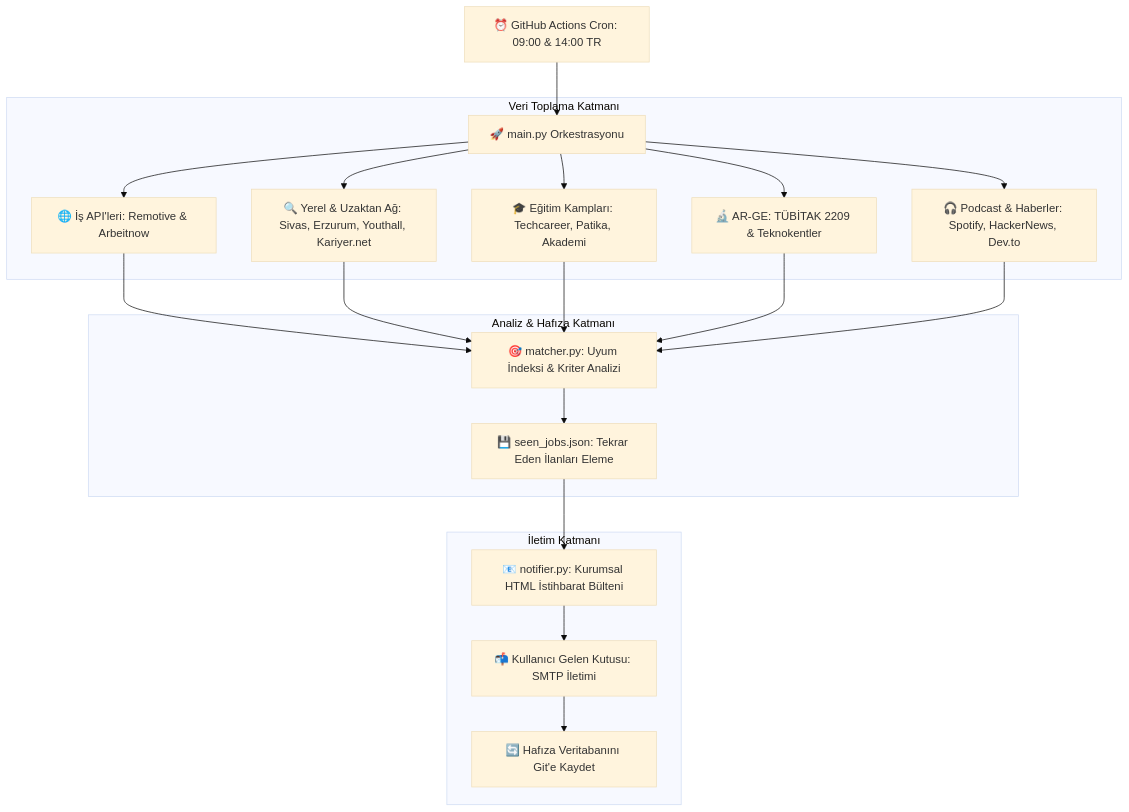
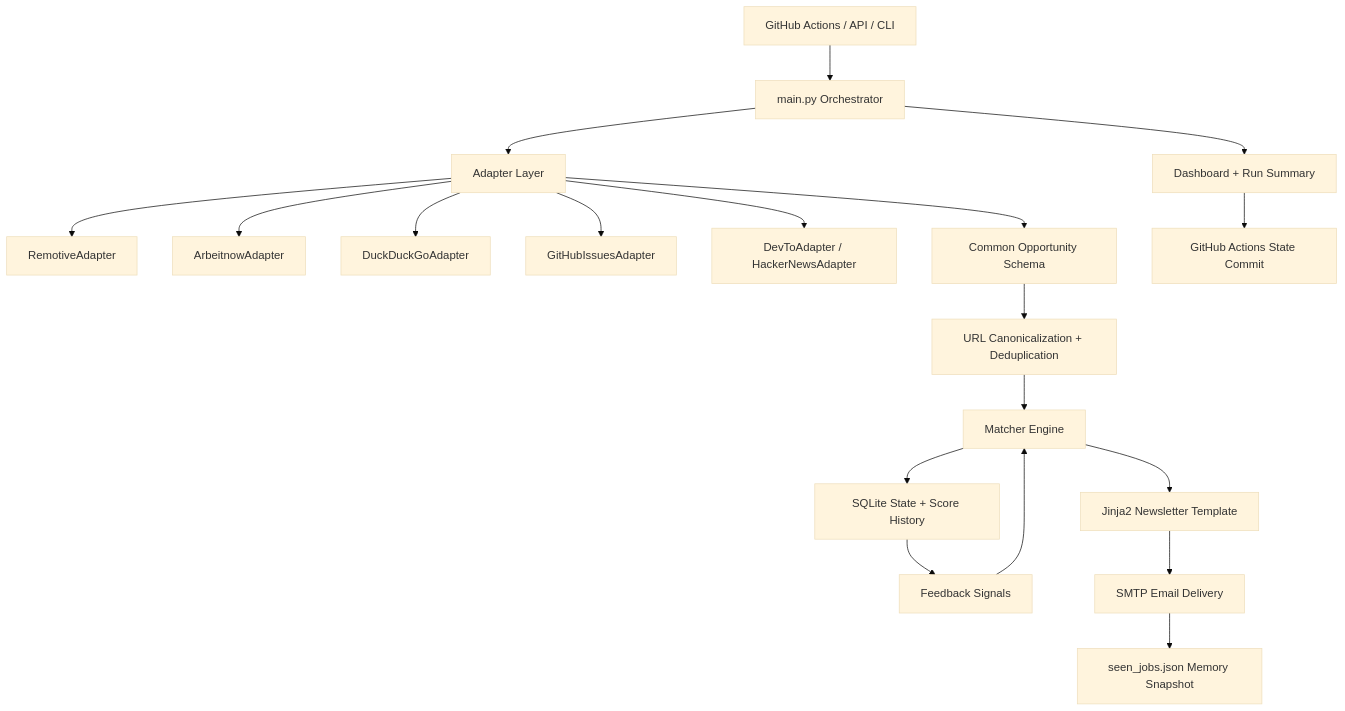
One commit to meryemgcl/jobhunt-auto changed the diagram in README.md. Above: the diagram before and after it, drawn with Mermaid (base theme). The commit also changed other lines of this file and 66 other files, not shown here.

````diff
--- a/README.md
+++ b/README.md
@@ -35,23 +73,25 @@
 ```mermaid
 flowchart TD
-    A[⏰ GitHub Actions Cron: 09:00 & 14:00 TR] --> B[🚀 main.py Orkestrasyonu]
-    
-    subgraph Veri Toplama Katmanı
-        B --> C1[🌐 İş API'leri: Remotive & Arbeitnow]
-        B --> C2[🔍 Yerel & Uzaktan Ağ: Sivas, Erzurum, Youthall, Kariyer.net]
-        B --> C3[🎓 Eğitim Kampları: Techcareer, Patika, Akademi]
-        B --> C4[🔬 AR-GE: TÜBİTAK 2209 & Teknokentler]
-        B --> C5[🎧 Podcast & Haberler: Spotify, HackerNews, Dev.to]
-    end
-    
-    subgraph Analiz & Hafıza Katmanı
-        C1 & C2 & C3 & C4 & C5 --> D[🎯 matcher.py: Uyum İndeksi & Kriter Analizi]
-        D --> E[💾 seen_jobs.json: Tekrar Eden İlanları Eleme]
-    end
-    
-    subgraph İletim Katmanı
-        E --> F[📧 notifier.py: Kurumsal HTML İstihbarat Bülteni]
-        F --> G[📬 Kullanıcı Gelen Kutusu: SMTP İletimi]
-        G --> H[🔄 Hafıza Veritabanını Git'e Kaydet]
-    end
+    A[GitHub Actions / API / CLI] --> B[main.py Orchestrator]
+
+    B --> C[Adapter Layer]
+    C --> C1[RemotiveAdapter]
+    C --> C2[ArbeitnowAdapter]
+    C --> C3[DuckDuckGoAdapter]
+    C --> C4[GitHubIssuesAdapter]
+    C --> C5[DevToAdapter / HackerNewsAdapter]
+
+    C --> D[Common Opportunity Schema]
+    D --> E[URL Canonicalization + Deduplication]
+    E --> F[Matcher Engine]
+    F --> G[SQLite State + Score History]
+    G --> H[Feedback Signals]
+    H --> F
+
+    F --> I[Jinja2 Newsletter Template]
+    I --> J[SMTP Email Delivery]
+    J --> K[seen_jobs.json Memory Snapshot]
+
+    B --> L[Dashboard + Run Summary]
+    L --> M[GitHub Actions State Commit]
 ```
````
